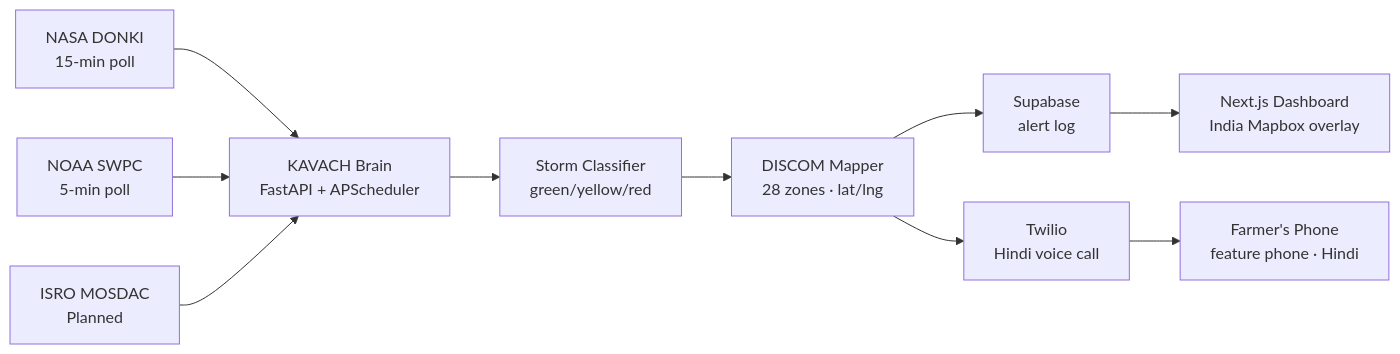
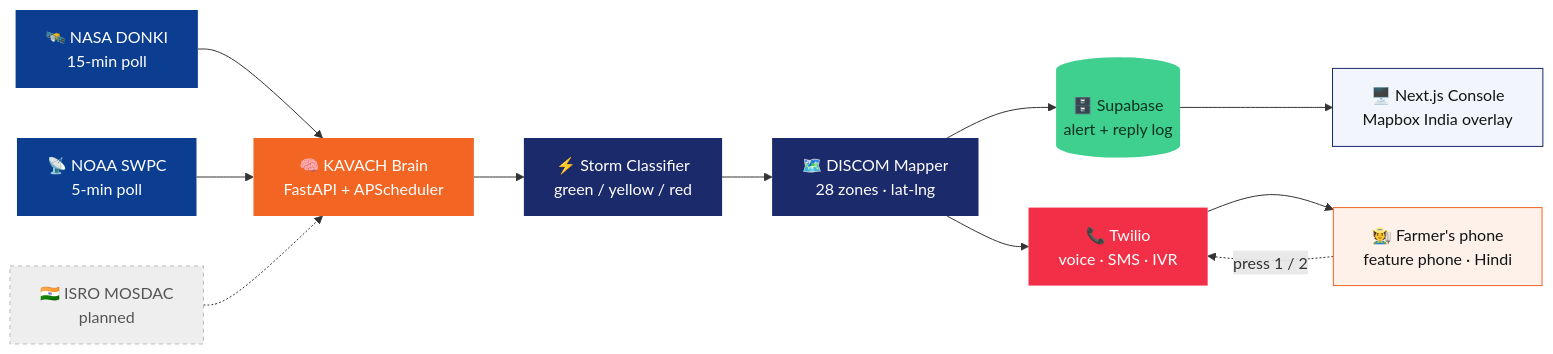
The diagram in README.md (VibhorJain1974/KAVACH), drawn with Mermaid before and after one commit. The commit also changed other lines of this file and 4 other files, not shown here.

````diff
--- a/README.md
+++ b/README.md
@@ -68,12 +102,24 @@
 ```mermaid
-graph LR
-    A[NASA DONKI\n15-min poll] --> D[KAVACH Brain\nFastAPI + APScheduler]
-    B[NOAA SWPC\n5-min poll] --> D
-    C[ISRO MOSDAC\nPlanned] --> D
-    D --> E[Storm Classifier\ngreen/yellow/red]
-    E --> F[DISCOM Mapper\n28 zones · lat/lng]
-    F --> G[Supabase\nalert log]
-    F --> H[Twilio\nHindi voice call]
-    G --> I[Next.js Dashboard\nIndia Mapbox overlay]
-    H --> J[Farmer's Phone\nfeature phone · Hindi]
+flowchart LR
+    A["🛰️ NASA DONKI<br/>15-min poll"] --> D
+    B["📡 NOAA SWPC<br/>5-min poll"] --> D
+    C["🇮🇳 ISRO MOSDAC<br/>planned"] -.-> D
+    D["🧠 KAVACH Brain<br/>FastAPI + APScheduler"] --> E["⚡ Storm Classifier<br/>green / yellow / red"]
+    E --> F["🗺️ DISCOM Mapper<br/>28 zones · lat-lng"]
+    F --> G[("🗄️ Supabase<br/>alert + reply log")]
+    F --> H["📞 Twilio<br/>voice · SMS · IVR"]
+    G --> I["🖥️ Next.js Console<br/>Mapbox India overlay"]
+    H --> J["🧑‍🌾 Farmer's phone<br/>feature phone · Hindi"]
+    J -."press 1 / 2".-> H
+
+    style A fill:#0B3D91,color:#fff,stroke:none
+    style B fill:#0B3D91,color:#fff,stroke:none
+    style C fill:#EEEEEE,color:#555,stroke:#BBB,stroke-dasharray:4
+    style D fill:#F26522,color:#fff,stroke:none
+    style E fill:#1B2A6B,color:#fff,stroke:none
+    style F fill:#1B2A6B,color:#fff,stroke:none
+    style G fill:#3FCF8E,color:#08321f,stroke:none
+    style H fill:#F22F46,color:#fff,stroke:none
+    style I fill:#F2F5FC,color:#141414,stroke:#1B2A6B
+    style J fill:#FDF1EA,color:#141414,stroke:#F26522
 ```
````
